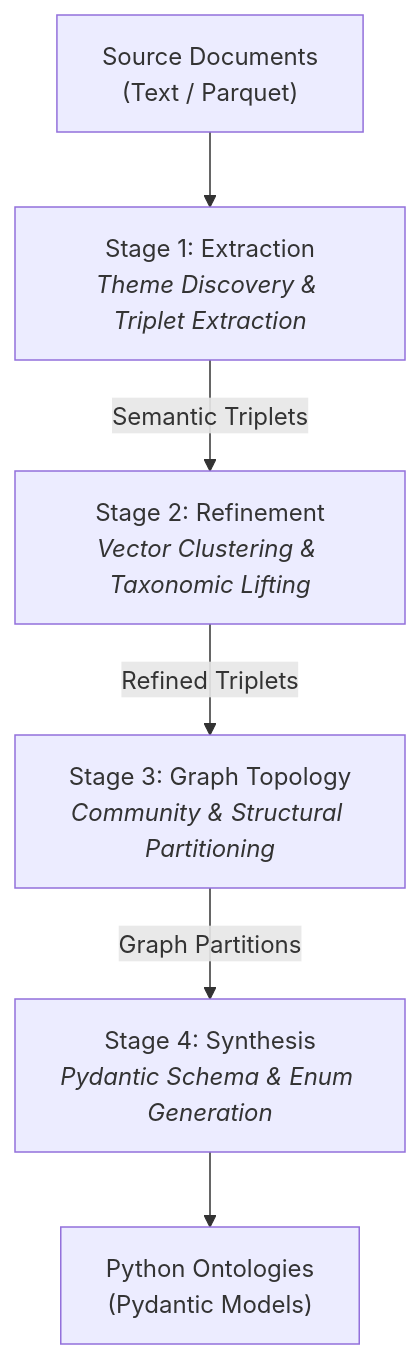
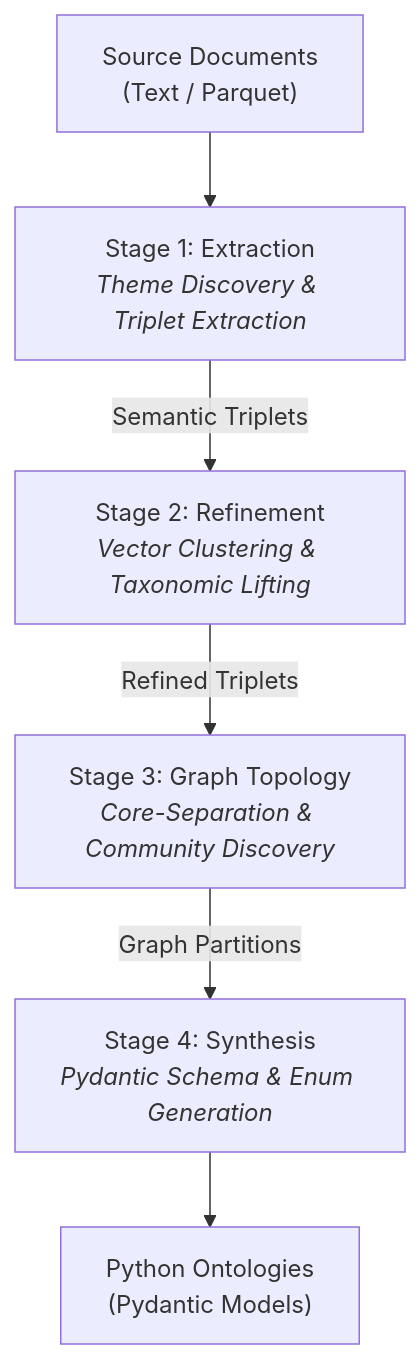
The diagram in README.md (childmindresearch/SemanticPrism), drawn with Mermaid before and after one commit. The commit also changed other lines of this file and 15 other files, not shown here.

Commit message:
Refactor Stage 3 Topology: Core-Separation, Architectural Tiers, and Streamlined Community Architecture

````diff
--- a/README.md
+++ b/README.md
@@ -11,8 +11,8 @@
 ```mermaid
 graph TD
     Inputs["Source Documents<br/>(Text / Parquet)"] --> S1["Stage 1: Extraction<br/><i>Theme Discovery & Triplet Extraction</i>"]
     S1 -->|"Semantic Triplets"| S2["Stage 2: Refinement<br/><i>Vector Clustering & Taxonomic Lifting</i>"]
-    S2 -->|"Refined Triplets"| S3["Stage 3: Graph Topology<br/><i>Community & Structural Partitioning</i>"]
+    S2 -->|"Refined Triplets"| S3["Stage 3: Graph Topology<br/><i>Core-Separation & Community Discovery</i>"]
     S3 -->|"Graph Partitions"| S4["Stage 4: Synthesis<br/><i>Pydantic Schema & Enum Generation</i>"]
     S4 --> Outputs["Python Ontologies<br/>(Pydantic Models)"]
 ```
````
